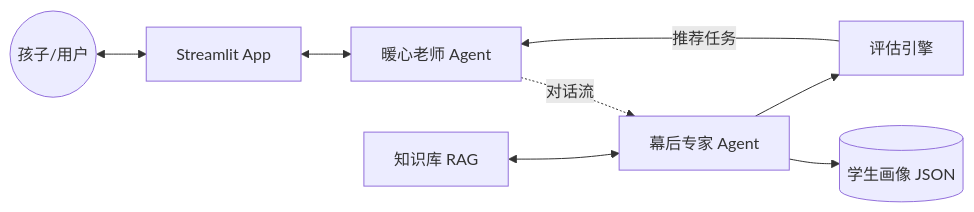
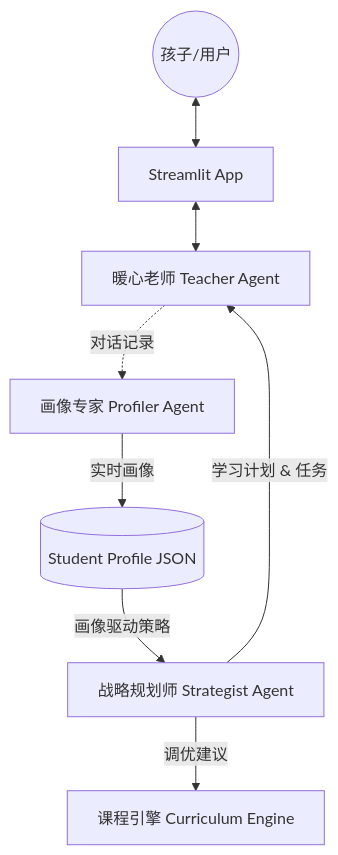
One commit to waqt/AI-Child-Assessment-System changed the diagram in docs/architecture_design.md. Above: the diagram before and after it, drawn with Mermaid. The commit also changed other lines of this file and 5 other files, not shown here.

Commit message:
Reserve the frame: Update PRD v2.0, Architecture, and add Planning Engine stubs

````diff
--- a/docs/architecture_design.md
+++ b/docs/architecture_design.md
@@ -7,10 +7,10 @@
 ```mermaid
-graph LR
+graph TD
     User((孩子/用户)) <--> UI[Streamlit App]
-    UI <--> Teacher[暖心老师 Agent]
-    Teacher -. 对话流 .-> Analyst[幕后专家 Agent]
-    Analyst --> Profile[(学生画像 JSON)]
-    Analyst --> Engine[评估引擎]
-    Engine -- 推荐任务 --> Teacher
-    RAG[知识库 RAG] <--> Analyst
+    UI <--> Teacher[暖心老师 Teacher Agent]
+    Teacher -. 对话记录 .-> Profiler[画像专家 Profiler Agent]
+    Profiler -- 实时画像 --> DB[(Student Profile JSON)]
+    DB -- 画像驱动策略 --> Strategist[战略规划师 Strategist Agent]
+    Strategist -- 学习计划 & 任务 --> Teacher
+    Strategist -- 调优建议 --> Curriculum[课程引擎 Curriculum Engine]
 ```
````
